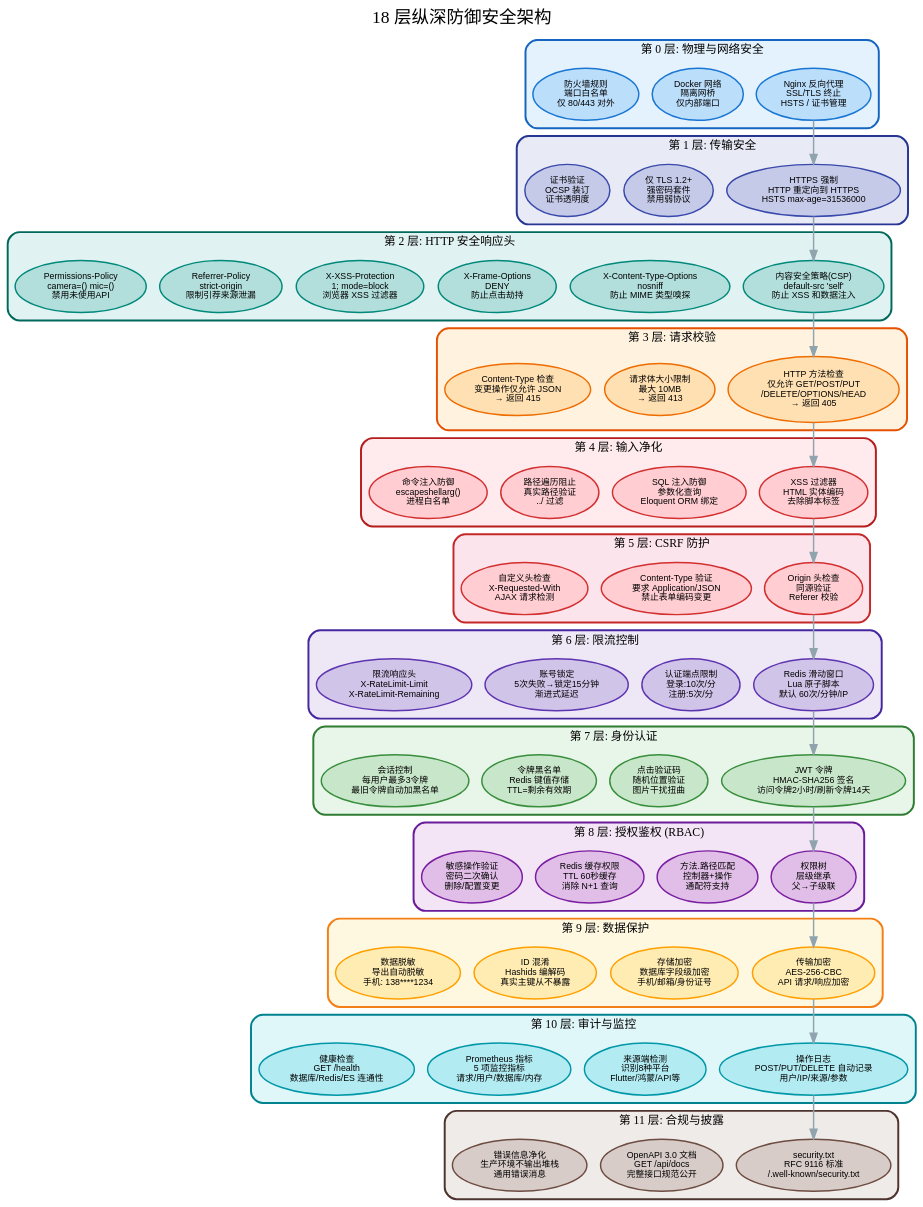
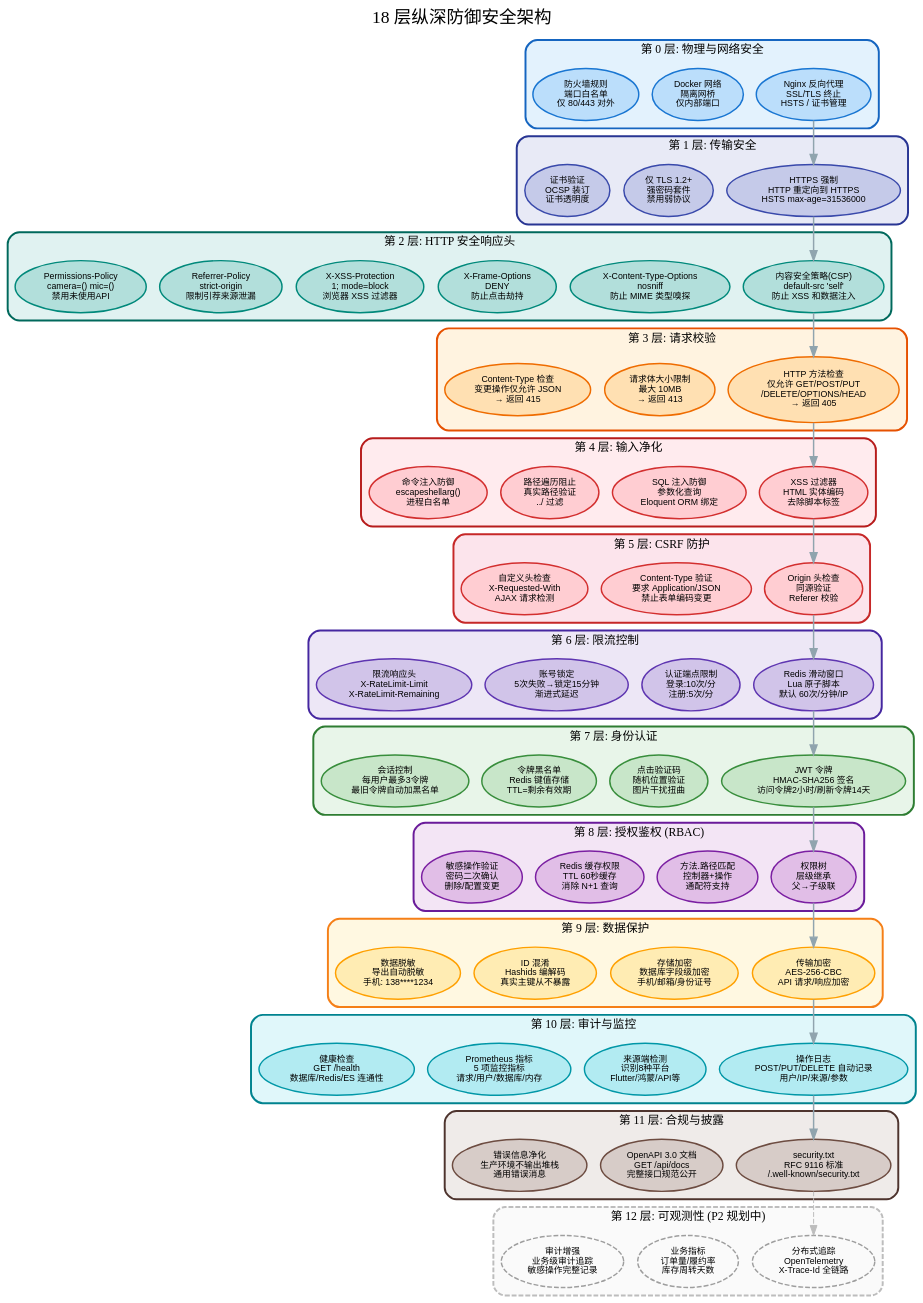
The diagram in docs/diagrams/security-architecture-cn.dot (erikwang2013/erp-php), drawn with Graphviz before and after one commit. The commit also changed 146 other files, not shown here.

```diff
--- a/docs/diagrams/security-architecture-cn.dot
+++ b/docs/diagrams/security-architecture-cn.dot
@@ -1,145 +1,156 @@
 digraph SecurityArchitectureCN {
     rankdir=TB;
     fontname="Arial";
     fontsize=14;
     bgcolor="transparent";
     nodesep=0.2;
     ranksep=0.3;
     compound=true;
 
     node [fontname="Arial", fontsize=9, style="filled,rounded", penwidth=1.5];
 
     label="18 层纵深防御安全架构";
     fontsize=18;
     fontname="Arial Bold";
     labelloc="t";
 
     subgraph cluster_L0 {
         label="第 0 层: 物理与网络安全";
         fontsize=12; fontname="Arial Bold";
         style="filled,rounded"; fillcolor="#e3f2fd"; color="#1565c0"; penwidth=2;
         L0a [label="Nginx 反向代理\nSSL/TLS 终止\nHSTS / 证书管理", fillcolor="#bbdefb", color="#1976d2"];
         L0b [label="Docker 网络\n隔离网桥\n仅内部端口", fillcolor="#bbdefb", color="#1976d2"];
         L0c [label="防火墙规则\n端口白名单\n仅 80/443 对外", fillcolor="#bbdefb", color="#1976d2"];
     }
 
     subgraph cluster_L1 {
         label="第 1 层: 传输安全";
         fontsize=12; fontname="Arial Bold";
         style="filled,rounded"; fillcolor="#e8eaf6"; color="#283593"; penwidth=2;
         L1a [label="HTTPS 强制\nHTTP 重定向到 HTTPS\nHSTS max-age=31536000", fillcolor="#c5cae9", color="#3949ab"];
         L1b [label="仅 TLS 1.2+\n强密码套件\n禁用弱协议", fillcolor="#c5cae9", color="#3949ab"];
         L1c [label="证书验证\nOCSP 装订\n证书透明度", fillcolor="#c5cae9", color="#3949ab"];
     }
 
     subgraph cluster_L2 {
         label="第 2 层: HTTP 安全响应头";
         fontsize=12; fontname="Arial Bold";
         style="filled,rounded"; fillcolor="#e0f2f1"; color="#00695c"; penwidth=2;
         L2a [label="内容安全策略(CSP)\ndefault-src 'self'\n防止 XSS 和数据注入", fillcolor="#b2dfdb", color="#00897b"];
         L2b [label="X-Content-Type-Options\nnosniff\n防止 MIME 类型嗅探", fillcolor="#b2dfdb", color="#00897b"];
         L2c [label="X-Frame-Options\nDENY\n防止点击劫持", fillcolor="#b2dfdb", color="#00897b"];
         L2d [label="X-XSS-Protection\n1; mode=block\n浏览器 XSS 过滤器", fillcolor="#b2dfdb", color="#00897b"];
         L2e [label="Referrer-Policy\nstrict-origin\n限制引荐来源泄漏", fillcolor="#b2dfdb", color="#00897b"];
         L2f [label="Permissions-Policy\ncamera=() mic=()\n禁用未使用API", fillcolor="#b2dfdb", color="#00897b"];
     }
 
     subgraph cluster_L3 {
         label="第 3 层: 请求校验";
         fontsize=12; fontname="Arial Bold";
         style="filled,rounded"; fillcolor="#fff3e0"; color="#e65100"; penwidth=2;
         L3a [label="HTTP 方法检查\n仅允许 GET/POST/PUT\n/DELETE/OPTIONS/HEAD\n→ 返回 405", fillcolor="#ffe0b2", color="#ef6c00"];
         L3b [label="请求体大小限制\n最大 10MB\n→ 返回 413", fillcolor="#ffe0b2", color="#ef6c00"];
         L3c [label="Content-Type 检查\n变更操作仅允许 JSON\n→ 返回 415", fillcolor="#ffe0b2", color="#ef6c00"];
     }
 
     subgraph cluster_L4 {
         label="第 4 层: 输入净化";
         fontsize=12; fontname="Arial Bold";
         style="filled,rounded"; fillcolor="#ffebee"; color="#b71c1c"; penwidth=2;
         L4a [label="XSS 过滤器\nHTML 实体编码\n去除脚本标签", fillcolor="#ffcdd2", color="#d32f2f"];
         L4b [label="SQL 注入防御\n参数化查询\nEloquent ORM 绑定", fillcolor="#ffcdd2", color="#d32f2f"];
         L4c [label="路径遍历阻止\n真实路径验证\n../ 过滤", fillcolor="#ffcdd2", color="#d32f2f"];
         L4d [label="命令注入防御\nescapeshellarg()\n进程白名单", fillcolor="#ffcdd2", color="#d32f2f"];
     }
 
     subgraph cluster_L5 {
         label="第 5 层: CSRF 防护";
         fontsize=12; fontname="Arial Bold";
         style="filled,rounded"; fillcolor="#fce4ec"; color="#c62828"; penwidth=2;
         L5a [label="Origin 头检查\n同源验证\nReferer 校验", fillcolor="#ffcdd2", color="#d32f2f"];
         L5b [label="Content-Type 验证\n要求 Application/JSON\n禁止表单编码变更", fillcolor="#ffcdd2", color="#d32f2f"];
         L5c [label="自定义头检查\nX-Requested-With\nAJAX 请求检测", fillcolor="#ffcdd2", color="#d32f2f"];
     }
 
     subgraph cluster_L6 {
         label="第 6 层: 限流控制";
         fontsize=12; fontname="Arial Bold";
         style="filled,rounded"; fillcolor="#ede7f6"; color="#4527a0"; penwidth=2;
         L6a [label="Redis 滑动窗口\nLua 原子脚本\n默认 60次/分钟/IP", fillcolor="#d1c4e9", color="#5e35b1"];
         L6b [label="认证端点限制\n登录:10次/分\n注册:5次/分", fillcolor="#d1c4e9", color="#5e35b1"];
         L6c [label="账号锁定\n5次失败→锁定15分钟\n渐进式延迟", fillcolor="#d1c4e9", color="#5e35b1"];
         L6d [label="限流响应头\nX-RateLimit-Limit\nX-RateLimit-Remaining", fillcolor="#d1c4e9", color="#5e35b1"];
     }
 
     subgraph cluster_L7 {
         label="第 7 层: 身份认证";
         fontsize=12; fontname="Arial Bold";
         style="filled,rounded"; fillcolor="#e8f5e9"; color="#2e7d32"; penwidth=2;
         L7a [label="JWT 令牌\nHMAC-SHA256 签名\n访问令牌2小时/刷新令牌14天", fillcolor="#c8e6c9", color="#388e3c"];
         L7b [label="点击验证码\n随机位置验证\n图片干扰扭曲", fillcolor="#c8e6c9", color="#388e3c"];
         L7c [label="令牌黑名单\nRedis 键值存储\nTTL=剩余有效期", fillcolor="#c8e6c9", color="#388e3c"];
         L7d [label="会话控制\n每用户最多3令牌\n最旧令牌自动加黑名单", fillcolor="#c8e6c9", color="#388e3c"];
     }
 
     subgraph cluster_L8 {
         label="第 8 层: 授权鉴权 (RBAC)";
         fontsize=12; fontname="Arial Bold";
         style="filled,rounded"; fillcolor="#f3e5f5"; color="#6a1b9a"; penwidth=2;
         L8a [label="权限树\n层级继承\n父→子级联", fillcolor="#e1bee7", color="#7b1fa2"];
         L8b [label="方法.路径匹配\n控制器+操作\n通配符支持", fillcolor="#e1bee7", color="#7b1fa2"];
         L8c [label="Redis 缓存权限\nTTL 60秒缓存\n消除 N+1 查询", fillcolor="#e1bee7", color="#7b1fa2"];
         L8d [label="敏感操作验证\n密码二次确认\n删除/配置变更", fillcolor="#e1bee7", color="#7b1fa2"];
     }
 
     subgraph cluster_L9 {
         label="第 9 层: 数据保护";
         fontsize=12; fontname="Arial Bold";
         style="filled,rounded"; fillcolor="#fff8e1"; color="#f57f17"; penwidth=2;
         L9a [label="传输加密\nAES-256-CBC\nAPI 请求/响应加密", fillcolor="#ffecb3", color="#ffa000"];
         L9b [label="存储加密\n数据库字段级加密\n手机/邮箱/身份证号", fillcolor="#ffecb3", color="#ffa000"];
         L9c [label="ID 混淆\nHashids 编解码\n真实主键从不暴露", fillcolor="#ffecb3", color="#ffa000"];
         L9d [label="数据脱敏\n导出自动脱敏\n手机: 138****1234", fillcolor="#ffecb3", color="#ffa000"];
     }
 
     subgraph cluster_L10 {
         label="第 10 层: 审计与监控";
         fontsize=12; fontname="Arial Bold";
         style="filled,rounded"; fillcolor="#e0f7fa"; color="#00838f"; penwidth=2;
         L10a [label="操作日志\nPOST/PUT/DELETE 自动记录\n用户/IP/来源/参数", fillcolor="#b2ebf2", color="#0097a7"];
         L10b [label="来源端检测\n识别8种平台\nFlutter/鸿蒙/API等", fillcolor="#b2ebf2", color="#0097a7"];
         L10c [label="Prometheus 指标\n5 项监控指标\n请求/用户/数据库/内存", fillcolor="#b2ebf2", color="#0097a7"];
         L10d [label="健康检查\nGET /health\n数据库/Redis/ES 连通性", fillcolor="#b2ebf2", color="#0097a7"];
     }
 
     subgraph cluster_L11 {
         label="第 11 层: 合规与披露";
         fontsize=12; fontname="Arial Bold";
         style="filled,rounded"; fillcolor="#efebe9"; color="#4e342e"; penwidth=2;
         L11a [label="security.txt\nRFC 9116 标准\n/.well-known/security.txt", fillcolor="#d7ccc8", color="#6d4c41"];
         L11b [label="OpenAPI 3.0 文档\nGET /api/docs\n完整接口规范公开", fillcolor="#d7ccc8", color="#6d4c41"];
         L11c [label="错误信息净化\n生产环境不输出堆栈\n通用错误消息", fillcolor="#d7ccc8", color="#6d4c41"];
     }
 
     L0a -> L1a [color="#90a4ae", penwidth=1.5];
     L1a -> L2a [color="#90a4ae", penwidth=1.5];
     L2a -> L3a [color="#90a4ae", penwidth=1.5];
     L3a -> L4a [color="#90a4ae", penwidth=1.5];
     L4a -> L5a [color="#90a4ae", penwidth=1.5];
     L5a -> L6a [color="#90a4ae", penwidth=1.5];
     L6a -> L7a [color="#90a4ae", penwidth=1.5];
     L7a -> L8a [color="#90a4ae", penwidth=1.5];
     L8a -> L9a [color="#90a4ae", penwidth=1.5];
     L9a -> L10a [color="#90a4ae", penwidth=1.5];
     L10a -> L11a [color="#90a4ae", penwidth=1.5];
+
+    subgraph cluster_L12 {
+        label="第 12 层: 可观测性 (P2 规划中)";
+        fontsize=12; fontname="Arial Bold";
+        style="filled,rounded,dashed"; fillcolor="#fafafa"; color="#bdbdbd"; penwidth=2;
+        L12a [label="分布式追踪\nOpenTelemetry\nX-Trace-Id 全链路", fillcolor="#e0e0e0", color="#9e9e9e", style="dashed"];
+        L12b [label="业务指标\n订单量/履约率\n库存周转天数", fillcolor="#e0e0e0", color="#9e9e9e", style="dashed"];
+        L12c [label="审计增强\n业务级审计追踪\n敏感操作完整记录", fillcolor="#e0e0e0", color="#9e9e9e", style="dashed"];
+    }
+
+    L11a -> L12a [color="#bdbdbd", penwidth=1, style="dashed"];
 }
```
